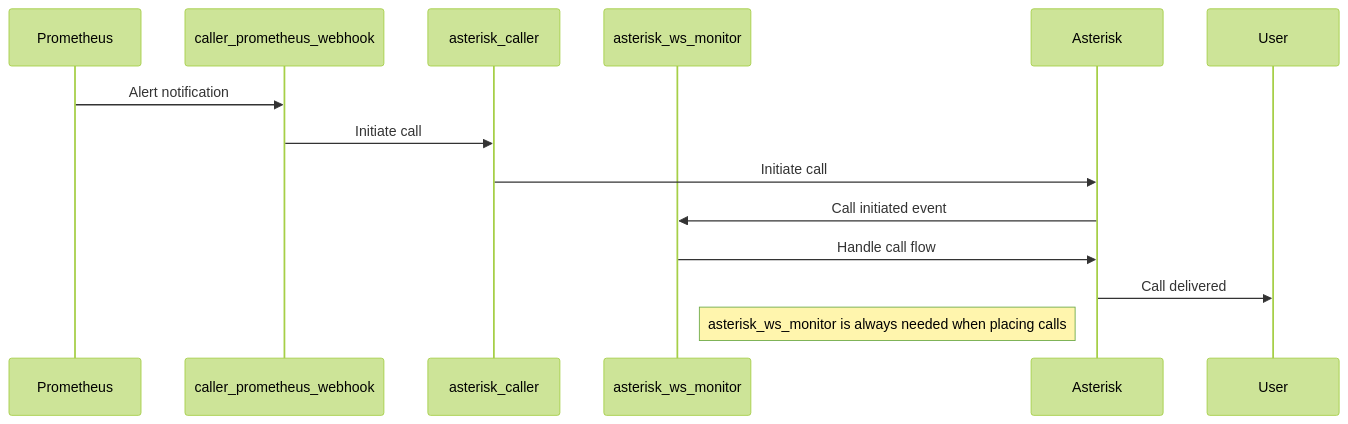
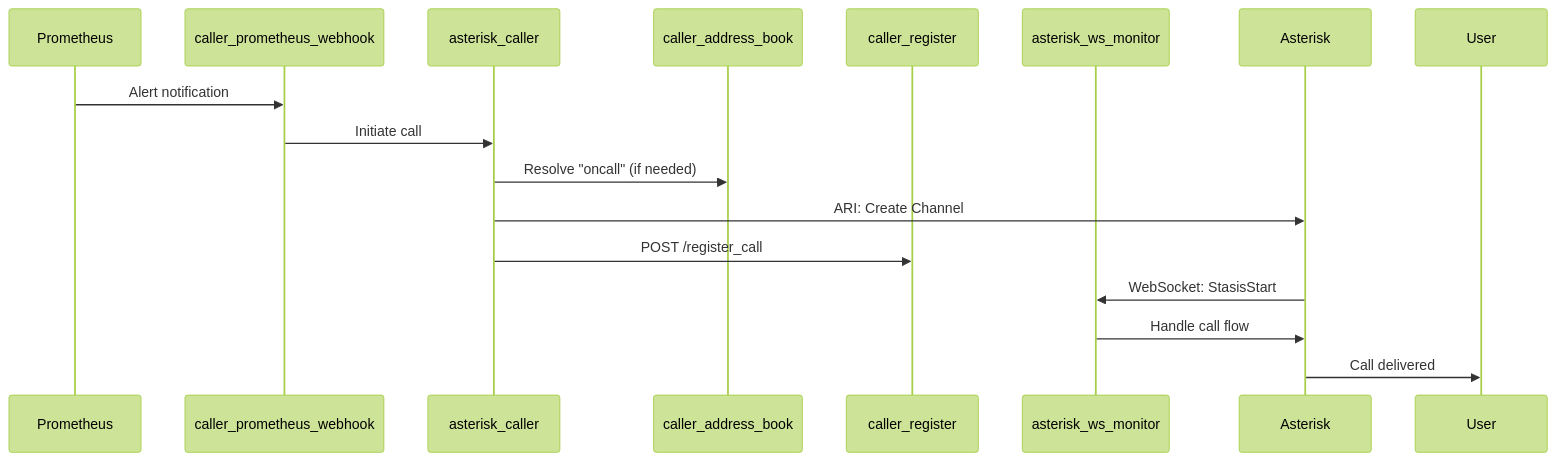
One commit to jcfdeb/py-phone-caller changed diagram 18 of 21 in docs/py-phone-caller_2025.05.md. Above: the diagram before and after it, drawn with Mermaid (forest theme). The commit also changed other lines of this file and 217 other files, not shown here.

````diff
--- a/docs/py-phone-caller_2025.05.md
+++ b/docs/py-phone-caller_2025.05.md
@@ -660,18 +758,20 @@
 ```mermaid
 sequenceDiagram
     participant Prometheus
     participant PW as caller_prometheus_webhook
     participant AC as asterisk_caller
+    participant CAB as caller_address_book
+    participant CR as caller_register
     participant WSM as asterisk_ws_monitor
     participant Asterisk
     participant User
 
     Prometheus->>PW: Alert notification
     PW->>AC: Initiate call
-    AC->>Asterisk: Initiate call
-    Asterisk->>WSM: Call initiated event
+    AC->>CAB: Resolve "oncall" (if needed)
+    AC->>Asterisk: ARI: Create Channel
+    AC->>CR: POST /register_call
+    Asterisk->>WSM: WebSocket: StasisStart
     WSM->>Asterisk: Handle call flow
     Asterisk->>User: Call delivered
-
-    Note right of WSM: asterisk_ws_monitor is always needed when placing calls
 ```
````
